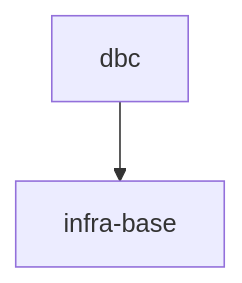
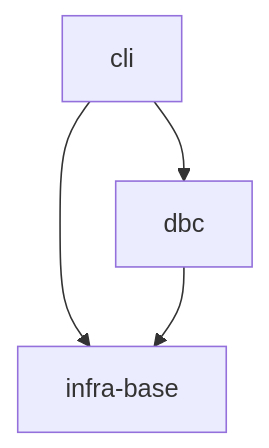
The diagram in specs/README.md (RubaXa/gennady), drawn with Mermaid before and after one commit. The commit also changed other lines of this file and 40 other files, not shown here.

First line of the commit message:
feat: cli lint command — file header + DBC contracts + anchor validation

````diff
--- a/specs/README.md
+++ b/specs/README.md
@@ -9,4 +9,6 @@
 ```mermaid
 graph TD
+    cli --> dbc
+    cli --> infra-base
     dbc --> infra-base
 ```
````
